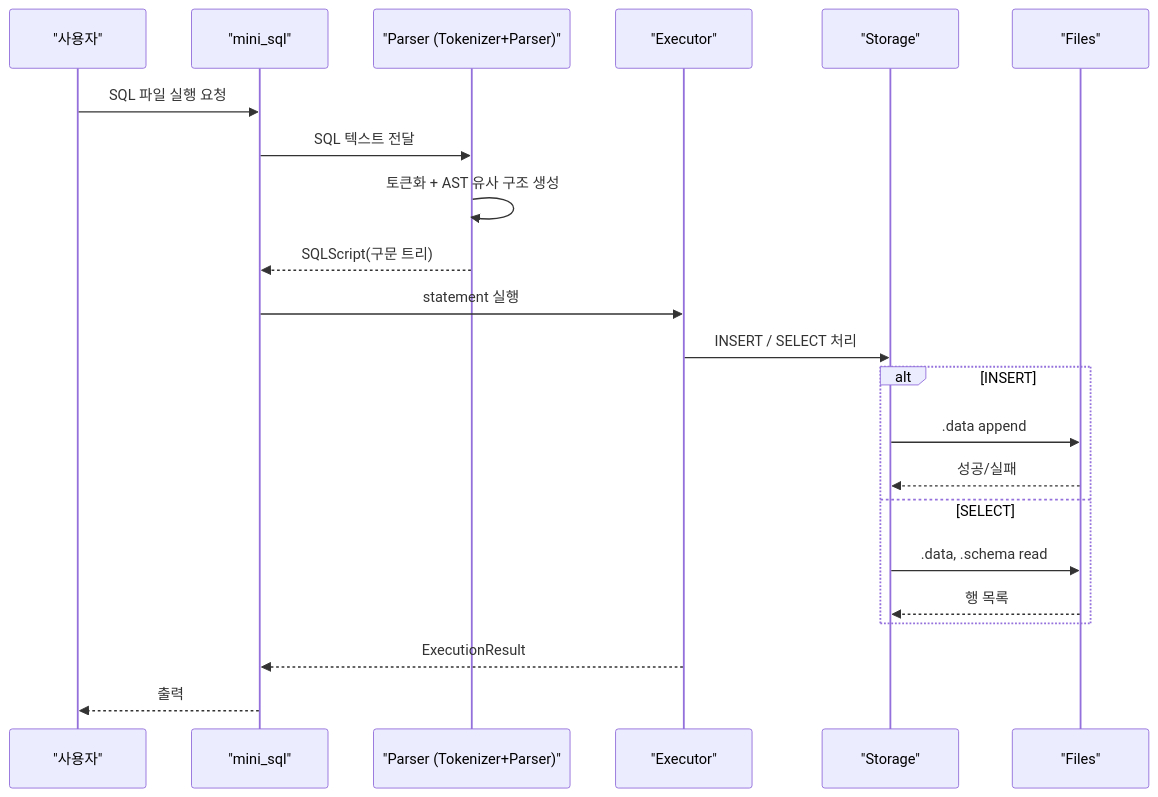
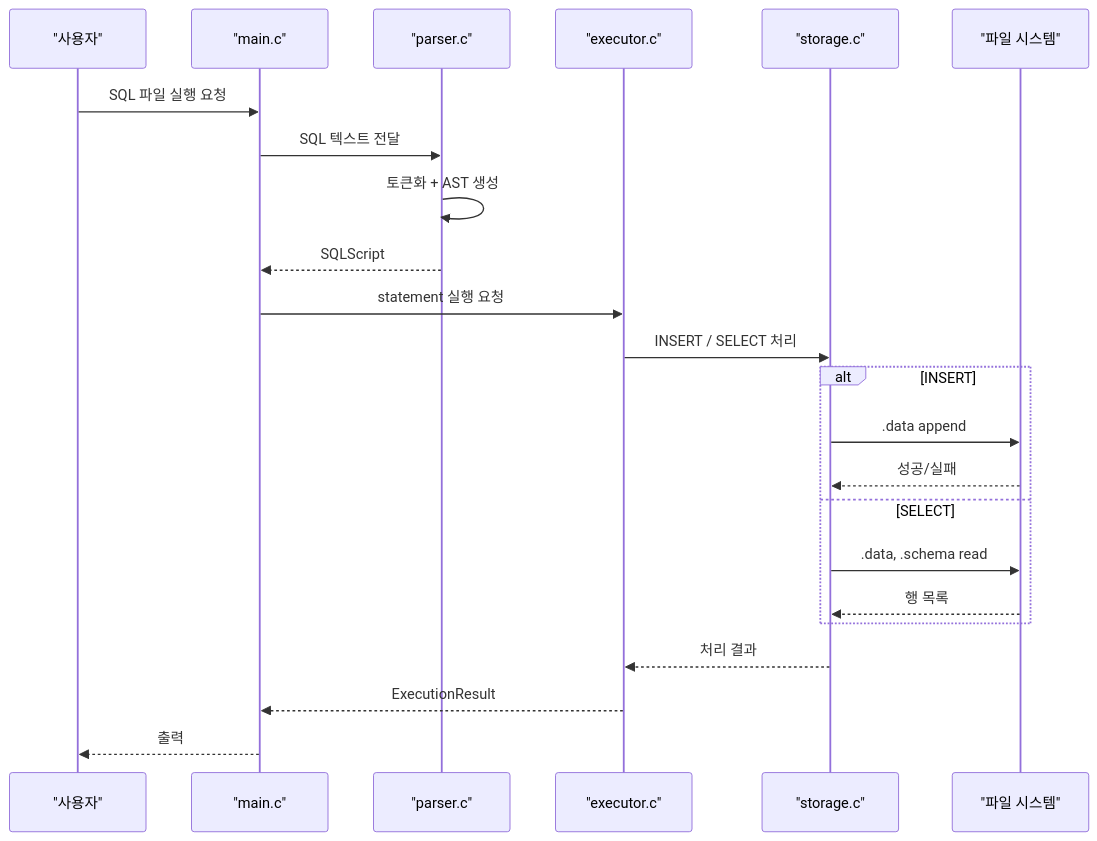
Before and after one commit to iamnuked/wk06-mini-sql: the first of 4 diagrams in README.md, drawn with Mermaid. The commit also changed other lines of this file, not shown here.

Commit message:
Refine README execution pipeline

````diff
--- a/README.md
+++ b/README.md
@@ -37,25 +26,26 @@
 ```mermaid
 sequenceDiagram
     participant U as "사용자"
-    participant CLI as "mini_sql"
-    participant P as "Parser (Tokenizer+Parser)"
-    participant X as "Executor"
-    participant S as "Storage"
-    participant F as "Files"
+    participant M as "main.c"
+    participant P as "parser.c"
+    participant E as "executor.c"
+    participant S as "storage.c"
+    participant F as "파일 시스템"
 
-    U->>CLI: SQL 파일 실행 요청
-    CLI->>P: SQL 텍스트 전달
-    P->>P: 토큰화 + AST 유사 구조 생성
-    P-->>CLI: SQLScript(구문 트리)
-    CLI->>X: statement 실행
-    X->>S: INSERT / SELECT 처리
+    U->>M: SQL 파일 실행 요청
+    M->>P: SQL 텍스트 전달
+    P->>P: 토큰화 + AST 생성
+    P-->>M: SQLScript
+    M->>E: statement 실행 요청
+    E->>S: INSERT / SELECT 처리
     alt INSERT
         S->>F: .data append
         F-->>S: 성공/실패
     else SELECT
         S->>F: .data, .schema read
         F-->>S: 행 목록
     end
-    X-->>CLI: ExecutionResult
-    CLI-->>U: 출력
+    S-->>E: 처리 결과
+    E-->>M: ExecutionResult
+    M-->>U: 출력
 ```
````
